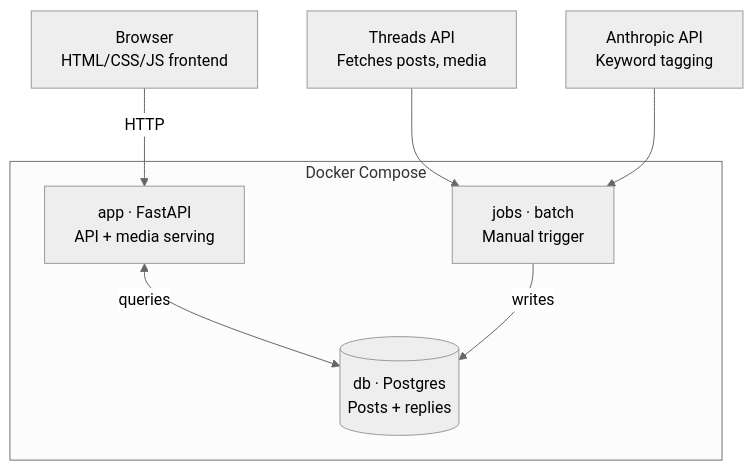
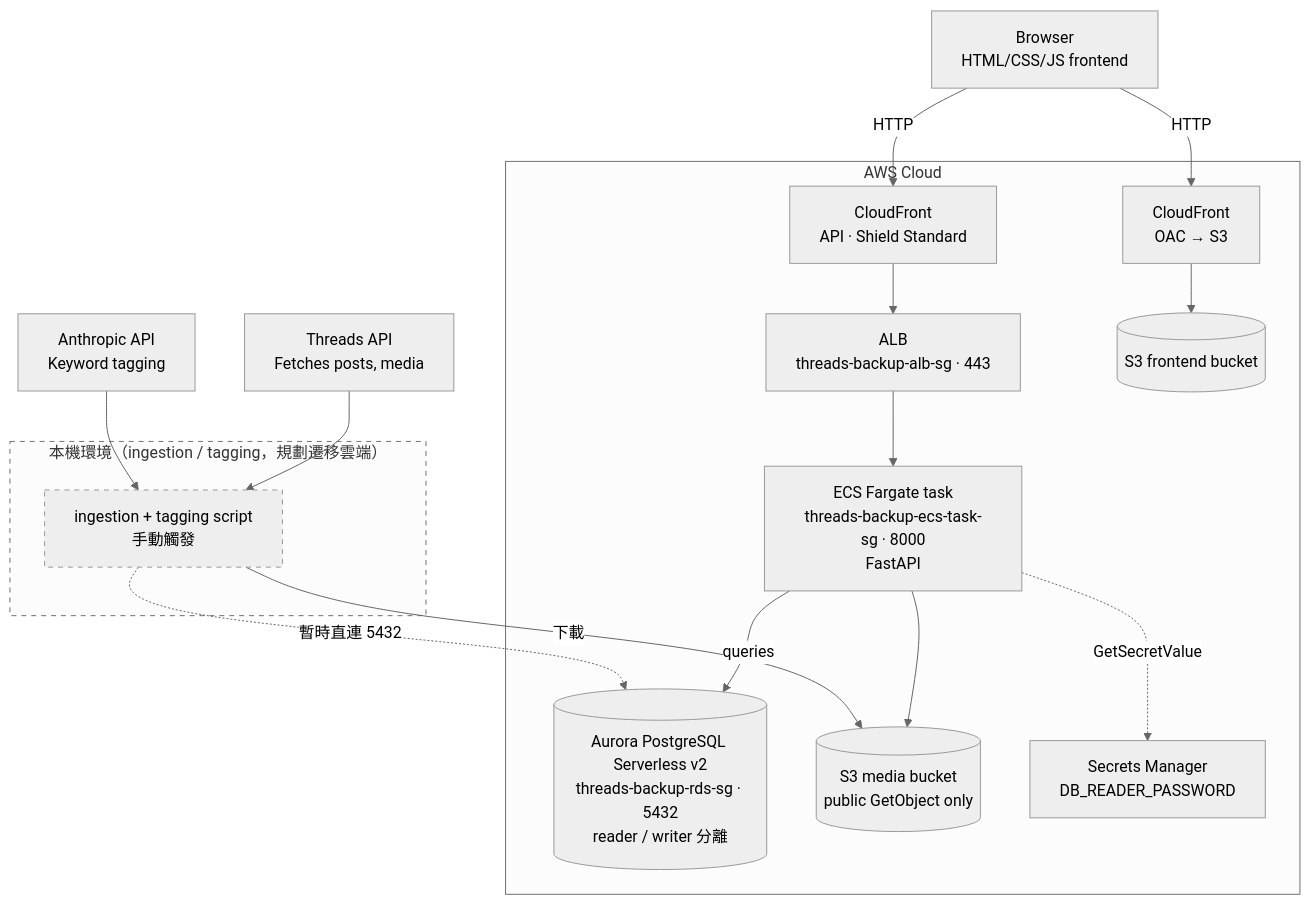
One commit to Brownian-Motion-99/threads-backup changed the first of 3 diagrams in README.md. Above: the diagram before and after it, drawn with Mermaid (neutral theme). The commit also changed other lines of this file, not shown here.

Commit message:
update: aws-included architecture

````diff
--- a/README.md
+++ b/README.md
@@ -26,21 +27,39 @@
 ```mermaid
 flowchart TD
-    
     Browser["Browser<br/>HTML/CSS/JS frontend"]
 
-    subgraph docker["Docker Compose"]
-        App["app · FastAPI<br/>API + media serving"]
-        DB[("db · Postgres<br/>Posts + replies")]
-        Jobs["jobs · batch<br/>Manual trigger"]
+    subgraph aws["AWS Cloud"]
+        CFFrontend["CloudFront<br/>OAC → S3"]
+        CFAPI["CloudFront<br/>API · Shield Standard"]
+        ALB["ALB<br/>threads-backup-alb-sg · 443"]
+        ECS["ECS Fargate task<br/>threads-backup-ecs-task-sg · 8000<br/>FastAPI"]
+        RDS[("Aurora PostgreSQL Serverless v2<br/>threads-backup-rds-sg · 5432<br/>reader / writer 分離")]
+        S3Media[("S3 media bucket<br/>public GetObject only")]
+        S3Frontend[("S3 frontend bucket")]
+        Secrets["Secrets Manager<br/>DB_READER_PASSWORD"]
+    end
+
+    subgraph local["本機環境（ingestion / tagging，規劃遷移雲端）"]
+        Jobs["ingestion + tagging script<br/>手動觸發"]
     end
 
     ThreadsAPI["Threads API<br/>Fetches posts, media"]
     AnthropicAPI["Anthropic API<br/>Keyword tagging"]
 
-    Browser -->|HTTP| App
-    App <-->|queries| DB
-    Jobs -->|writes| DB
+    Browser -->|HTTP| CFFrontend
+    CFFrontend --> S3Frontend
+    Browser -->|HTTP| CFAPI
+    CFAPI --> ALB
+    ALB --> ECS
+    ECS -->|queries| RDS
+    ECS --> S3Media
+    ECS -.->|GetSecretValue| Secrets
+
+    Jobs -.->|暫時直連 5432| RDS
+    Jobs -->|下載| S3Media
     ThreadsAPI --> Jobs
     AnthropicAPI --> Jobs
 
+    classDef planned stroke-dasharray: 5 5
+    class local,Jobs planned
 ```
````
